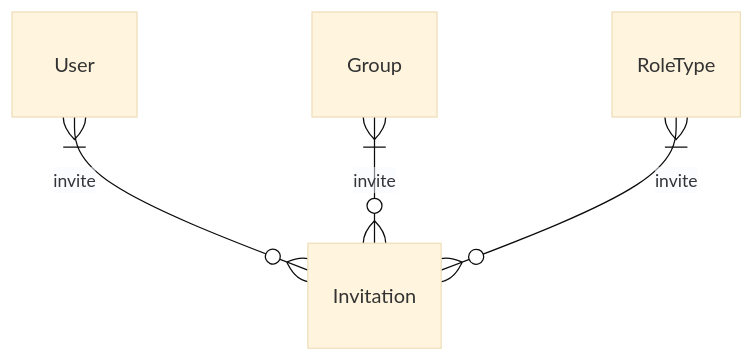
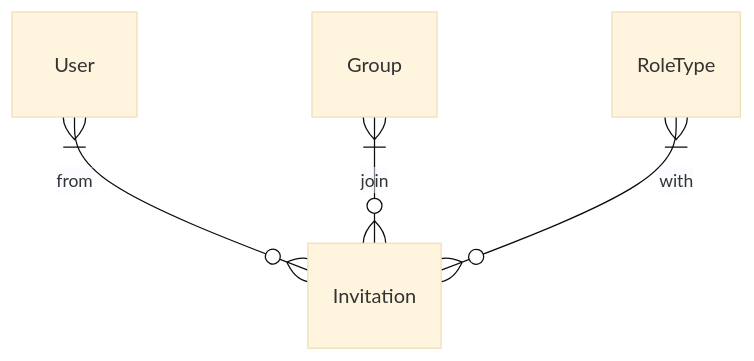
One commit to Valbou/vtaskr-backend changed the second of 2 diagrams in docs/global/users/index.md. Above: the diagram before and after it, drawn with Mermaid (base theme). The commit also changed other lines of this file, not shown here.

Commit message:
doc: fix users mermaid

````diff
--- a/docs/global/users/index.md
+++ b/docs/global/users/index.md
@@ -38,6 +38,6 @@
 ```mermaid
 erDiagram
-    User }|--o{ Invitation: invite
-    Group }|--o{ Invitation: invite
-    RoleType }|--o{ Invitation: invite
+    User }|--o{ Invitation: from
+    Group }|--o{ Invitation: join
+    RoleType }|--o{ Invitation: with
 ```
````
